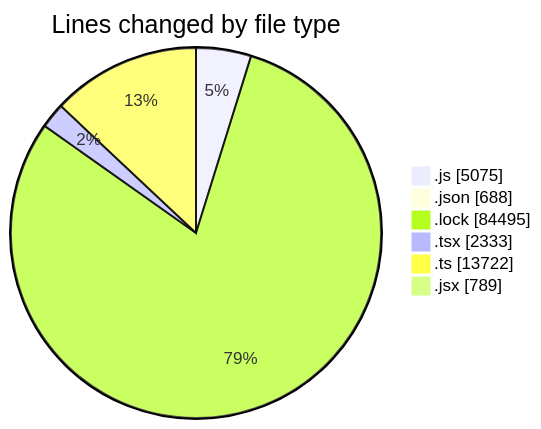
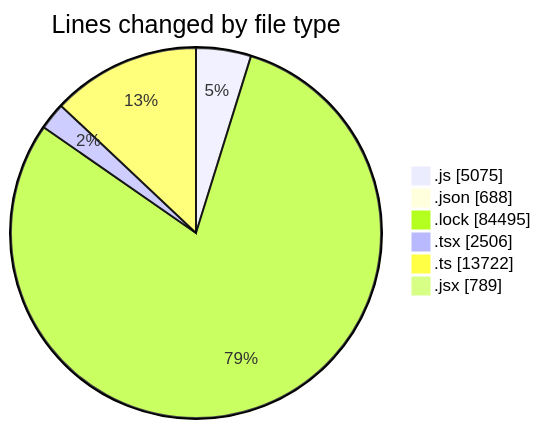
Before and after one commit to momahboobian/code-tracking: the first of 2 diagrams in 2025-12-18/cda/README.md, drawn with Mermaid. The commit also changed other lines of this file and 1 other file, not shown here.

````diff
--- a/2025-12-18/cda/README.md
+++ b/2025-12-18/cda/README.md
@@ -87,10 +88,10 @@
 ```mermaid
 pie showData
 title Lines changed by file type
 ".js" : 5075
 ".json" : 688
 ".lock" : 84495
-".tsx" : 2333
+".tsx" : 2506
 ".ts" : 13722
 ".jsx" : 789
 ```
````
